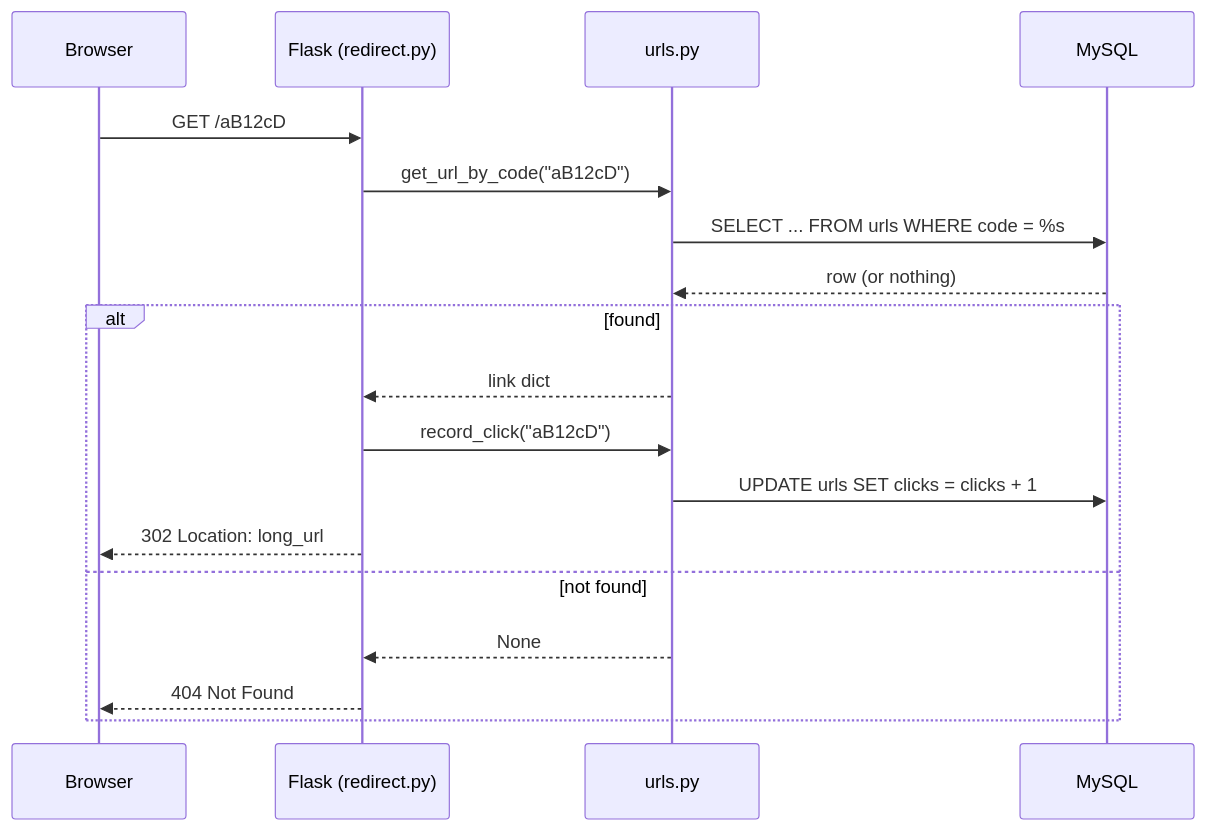
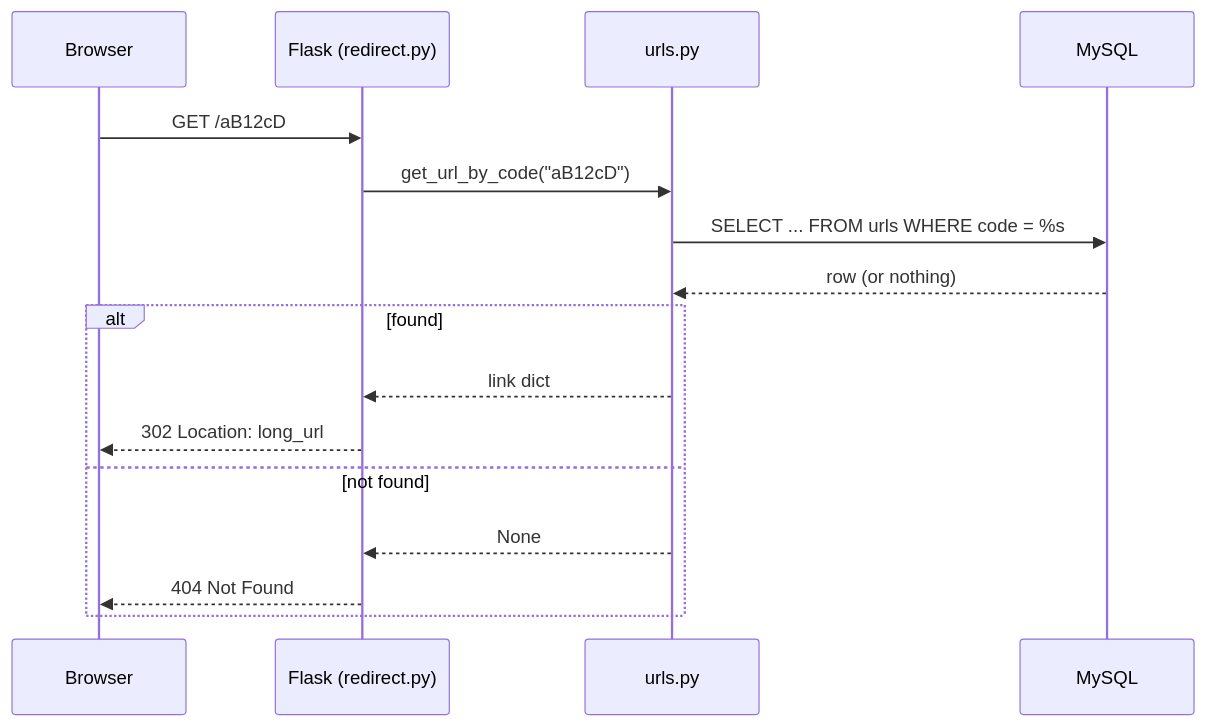
The second of 2 diagrams in docs/specs/redirect.md (GreenDAS/url_shortener), drawn with Mermaid before and after one commit. The commit also changed other lines of this file and 6 other files, not shown here.

````diff
--- a/docs/specs/redirect.md
+++ b/docs/specs/redirect.md
@@ -76,20 +76,18 @@
 ```mermaid
 sequenceDiagram
     participant B as Browser
     participant F as Flask (redirect.py)
     participant U as urls.py
     participant M as MySQL
     B->>F: GET /aB12cD
     F->>U: get_url_by_code("aB12cD")
     U->>M: SELECT ... FROM urls WHERE code = %s
     M-->>U: row (or nothing)
     alt found
         U-->>F: link dict
-        F->>U: record_click("aB12cD")
-        U->>M: UPDATE urls SET clicks = clicks + 1
         F-->>B: 302 Location: long_url
     else not found
         U-->>F: None
         F-->>B: 404 Not Found
     end
 ```
````
